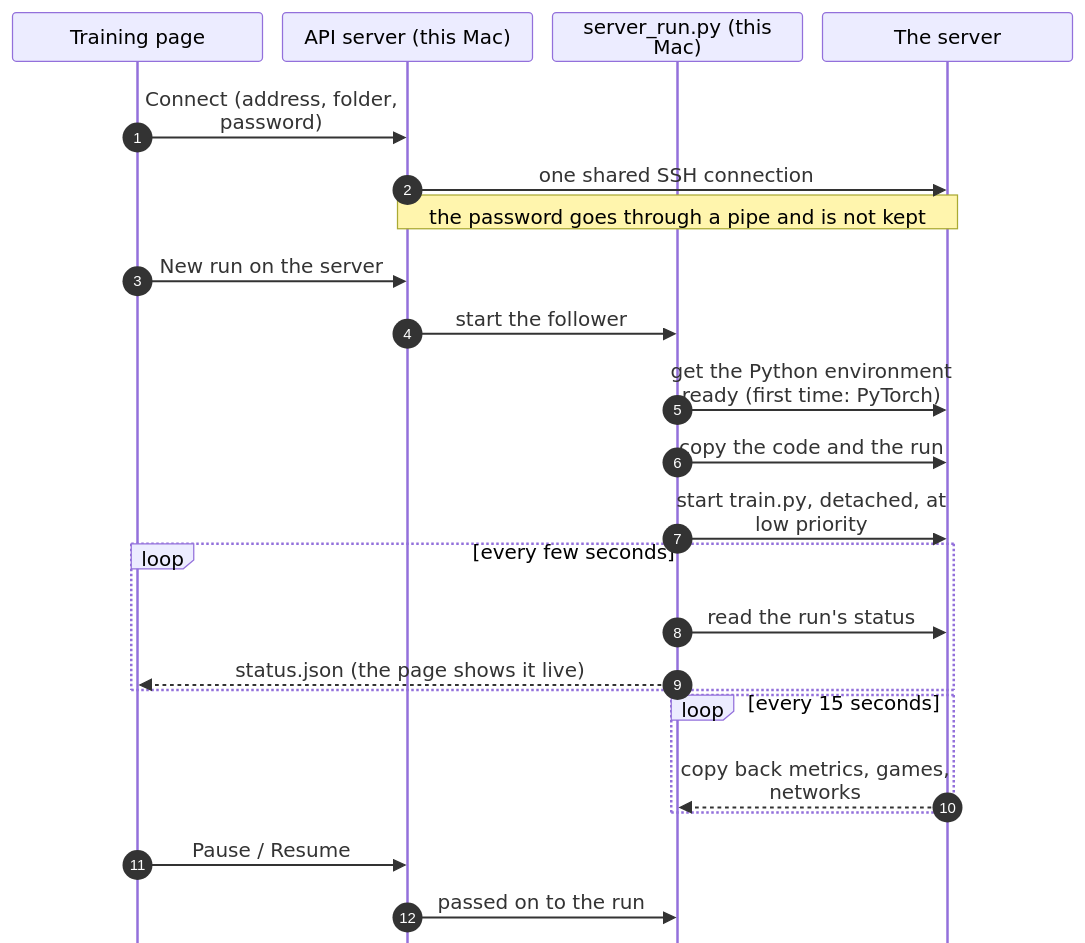
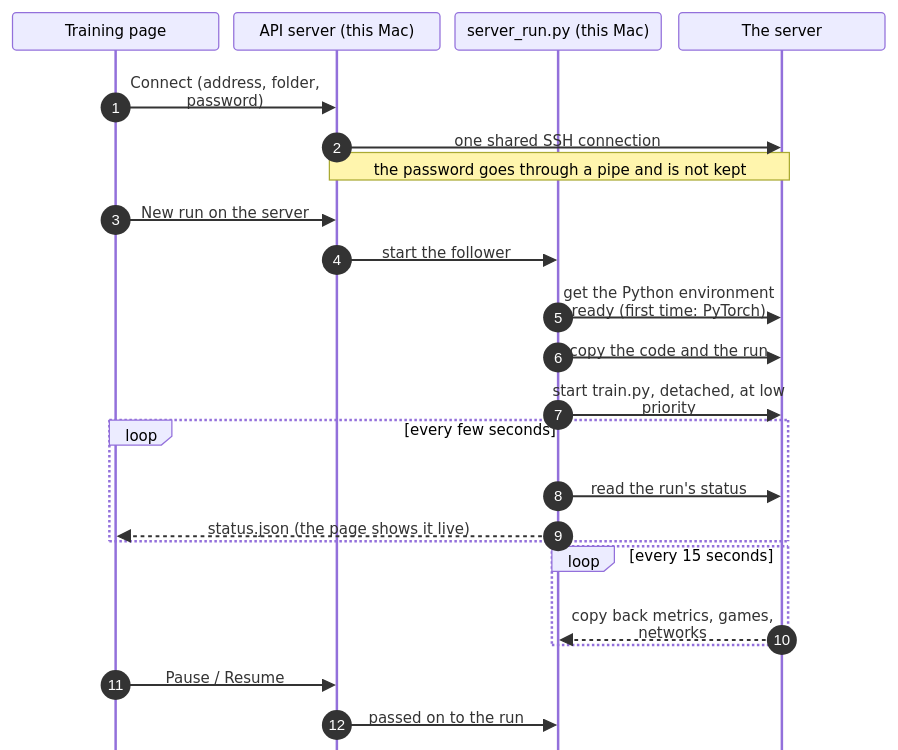
Before and after one commit to Aditya-00786/csf407-fable-chaturanga-zero: the first of 2 diagrams in docs/TRAINING_REMOTE.md, drawn with Mermaid. The commit also changed 1 other file, not shown here.

Commit message:
docs: smaller sequence diagrams, at the 12px text they were meant to have
Sequence diagrams take their text size only from a top-level fontSize,
so the two here had been drawn at the default 16px. With 12px and
narrower lanes, the sequence of a game becoming training data is
874 x 459 px (was 1001 x 604) and a run on a server 796 x 590 (was
948 x 741), nothing left out.

````diff
--- a/docs/TRAINING_REMOTE.md
+++ b/docs/TRAINING_REMOTE.md
@@ -23,26 +23,26 @@
 ```mermaid
-%%{init: {"sequence": {"wrap": true, "width": 200, "height": 36, "actorMargin": 16, "messageMargin": 10, "boxMargin": 4, "noteMargin": 4, "mirrorActors": false, "messageFontSize": 12, "actorFontSize": 12, "noteFontSize": 12}, "themeVariables": {"fontSize": "12px"}}}%%
+%%{init: {"fontSize": 12, "sequence": {"wrap": true, "width": 165, "height": 30, "actorMargin": 12, "messageMargin": 10, "boxMargin": 4, "noteMargin": 4, "mirrorActors": false}}}%%
 sequenceDiagram
     autonumber
     participant App as Training page
     participant API as API server (this Mac)
     participant F as server_run.py (this Mac)
     participant S as The server
     App->>API: Connect (address, folder, password)
     API->>S: one shared SSH connection
     Note over API,S: the password goes through a pipe and is not kept
     App->>API: New run on the server
     API->>F: start the follower
     F->>S: get the Python environment ready (first time: PyTorch)
     F->>S: copy the code and the run
     F->>S: start train.py, detached, at low priority
     loop every few seconds
         F->>S: read the run's status
         F-->>App: status.json (the page shows it live)
     end
     loop every 15 seconds
         S-->>F: copy back metrics, games, networks
     end
     App->>API: Pause / Resume
     API->>F: passed on to the run
 ```
````
